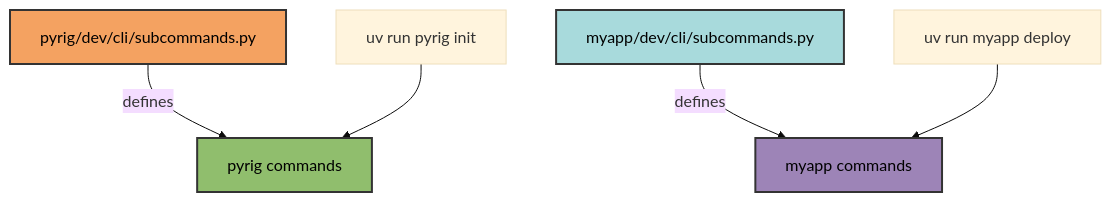
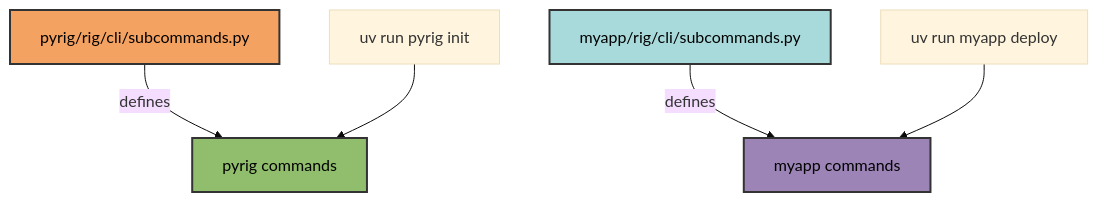
One commit to Winipedia/pyrig changed the second of 2 diagrams in docs/cli/subcommands.md. Above: the diagram before and after it, drawn with Mermaid (base theme). The commit also changed other lines of this file and 53 other files, not shown here.

Commit message:
updated docs to reflect renaming from dev to rig

````diff
--- a/docs/cli/subcommands.md
+++ b/docs/cli/subcommands.md
@@ -79,13 +79,13 @@
 ```mermaid
 graph TD
-    A[pyrig/dev/cli/subcommands.py] -->|defines| B[pyrig commands]
-    C[myapp/dev/cli/subcommands.py] -->|defines| D[myapp commands]
+    A[pyrig/rig/cli/subcommands.py] -->|defines| B[pyrig commands]
+    C[myapp/rig/cli/subcommands.py] -->|defines| D[myapp commands]
 
     E[uv run pyrig init] --> B
     F[uv run myapp deploy] --> D
 
     style A fill:#f4a261,stroke:#333,stroke-width:2px,color:#000
     style C fill:#a8dadc,stroke:#333,stroke-width:2px,color:#000
     style B fill:#90be6d,stroke:#333,stroke-width:2px,color:#000
     style D fill:#9d84b7,stroke:#333,stroke-width:2px,color:#000
 ```
````
